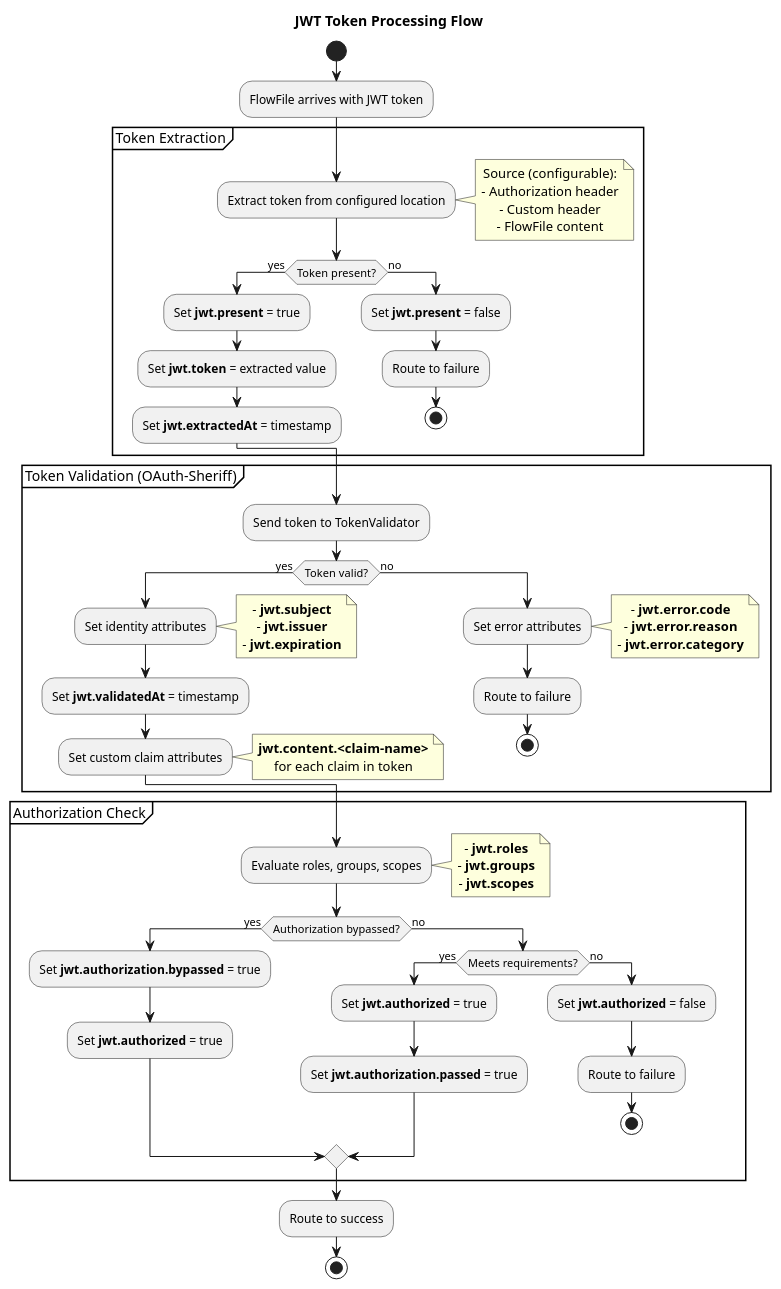
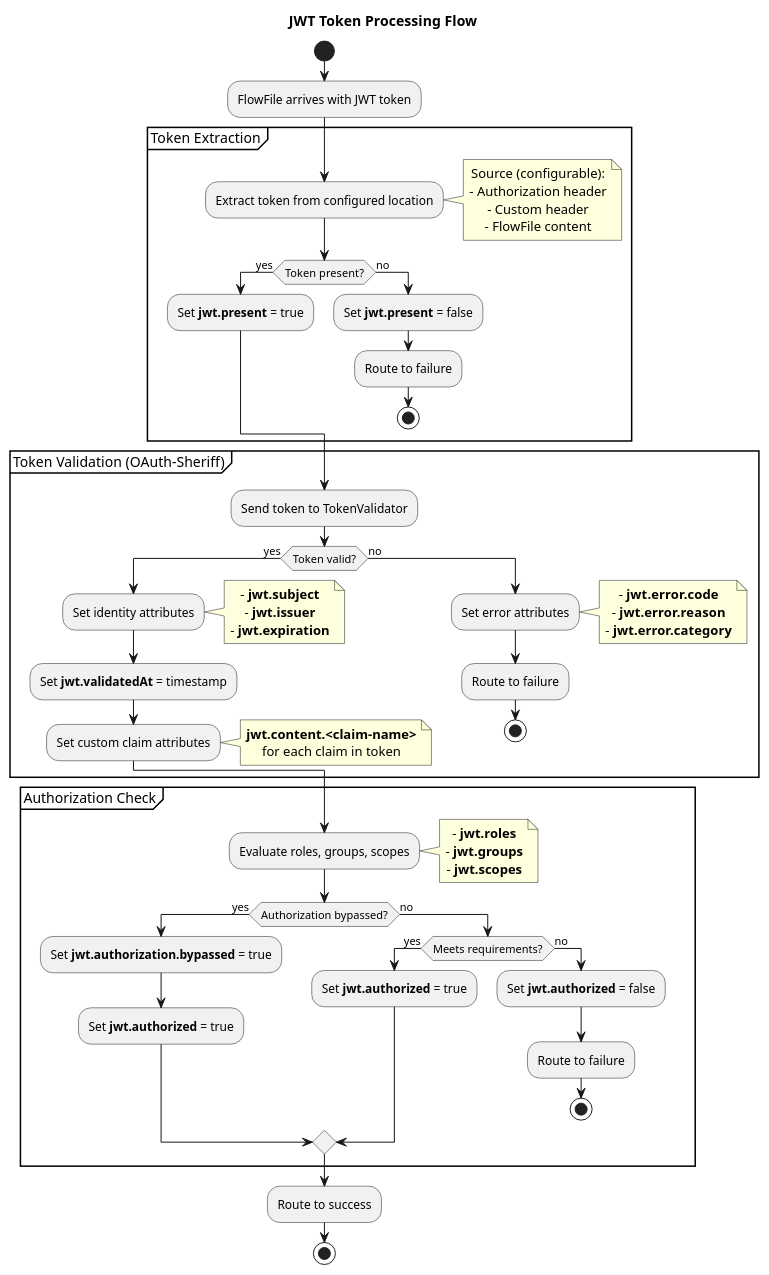
One commit to cuioss/nifi-extensions changed the diagram in doc/plantuml/jwt-token-flow.puml. Above: the diagram before and after it, drawn with PlantUML. The commit also changed 1 other file, not shown here.

Commit message:
fix: remove inaccurate attributes from jwt-token-flow diagram
Remove jwt.token, jwt.extractedAt (only set by JWTTokenAuthenticator)
and jwt.authorization.passed (declared but never written) from the
MultiIssuerJWTTokenAuthenticator data flow diagram.

```diff
--- a/doc/plantuml/jwt-token-flow.puml
+++ b/doc/plantuml/jwt-token-flow.puml
@@ -1,89 +1,86 @@
 @startuml jwt-token-flow
 !pragma layout smetana
 skinparam defaultTextAlignment center
 skinparam componentStyle uml2
 
 title "JWT Token Processing Flow"
 
 start
 
 :FlowFile arrives with JWT token;
 
 partition "Token Extraction" {
   :Extract token from configured location;
   note right
     Source (configurable):
     - Authorization header
     - Custom header
     - FlowFile content
   end note
 
   if (Token present?) then (yes)
     :Set **jwt.present** = true;
-    :Set **jwt.token** = extracted value;
-    :Set **jwt.extractedAt** = timestamp;
   else (no)
     :Set **jwt.present** = false;
     :Route to failure;
     stop
   endif
 }
 
 partition "Token Validation (OAuth-Sheriff)" {
   :Send token to TokenValidator;
 
   if (Token valid?) then (yes)
     :Set identity attributes;
     note right
       - **jwt.subject**
       - **jwt.issuer**
       - **jwt.expiration**
     end note
 
     :Set **jwt.validatedAt** = timestamp;
 
     :Set custom claim attributes;
     note right
       **jwt.content.<claim-name>**
       for each claim in token
     end note
   else (no)
     :Set error attributes;
     note right
       - **jwt.error.code**
       - **jwt.error.reason**
       - **jwt.error.category**
     end note
     :Route to failure;
     stop
   endif
 }
 
 partition "Authorization Check" {
   :Evaluate roles, groups, scopes;
   note right
     - **jwt.roles**
     - **jwt.groups**
     - **jwt.scopes**
   end note
 
   if (Authorization bypassed?) then (yes)
     :Set **jwt.authorization.bypassed** = true;
     :Set **jwt.authorized** = true;
   else (no)
     if (Meets requirements?) then (yes)
       :Set **jwt.authorized** = true;
-      :Set **jwt.authorization.passed** = true;
     else (no)
       :Set **jwt.authorized** = false;
       :Route to failure;
       stop
     endif
   endif
 }
 
 :Route to success;
 
 stop
 
 @enduml
```
